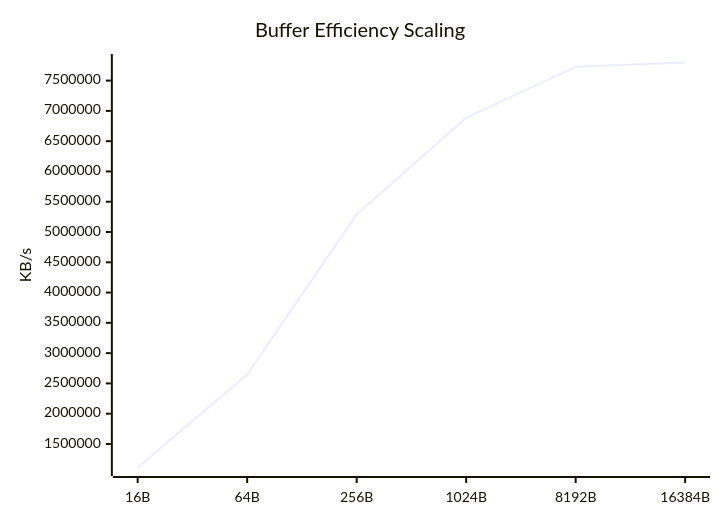
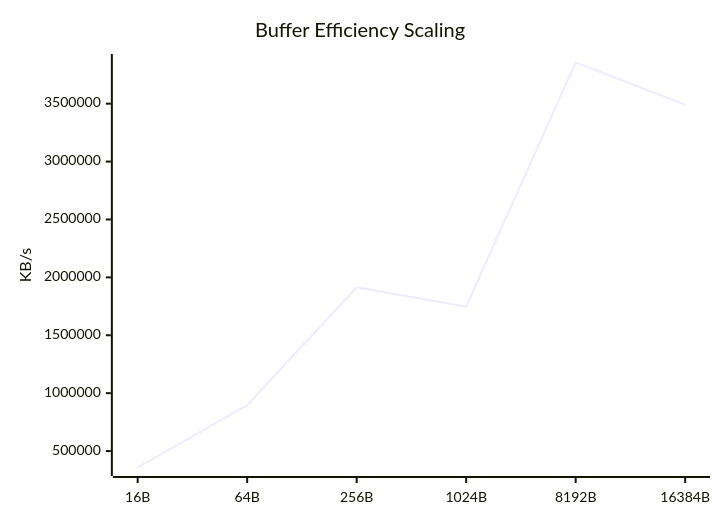
Before and after one commit to taha2samy/openssl_fips: the eighth of 9 diagrams in docs/Comparison_Report.md, drawn with Mermaid. The commit also changed other lines of this file and 5 other files, not shown here.

````diff
--- a/docs/Comparison_Report.md
+++ b/docs/Comparison_Report.md
@@ -118,7 +118,7 @@
 ```mermaid
 xychart-beta
     title "Buffer Efficiency Scaling"
     x-axis [16B, 64B, 256B, 1024B, 8192B, 16384B]
     y-axis "KB/s"
-    line [1111518.3, 2645191.1, 5289182.98, 6887053.31, 7729778.69, 7799152.64]
+    line [358104.22, 896810.55, 1914194.82, 1747177.86, 3855506.23, 3491651.91]
 ```
````
